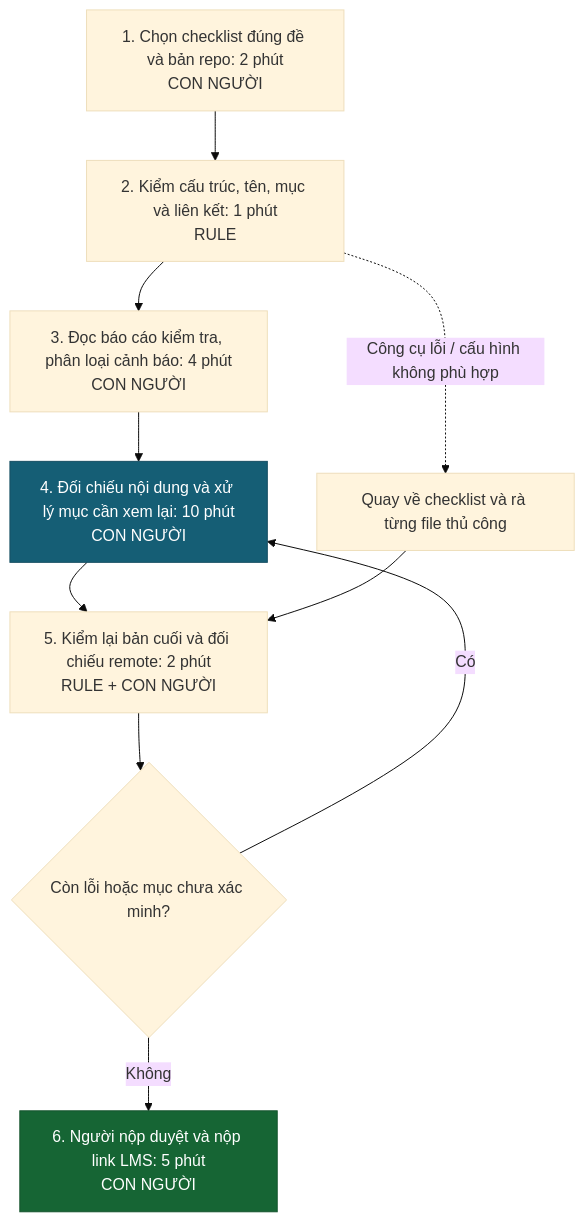
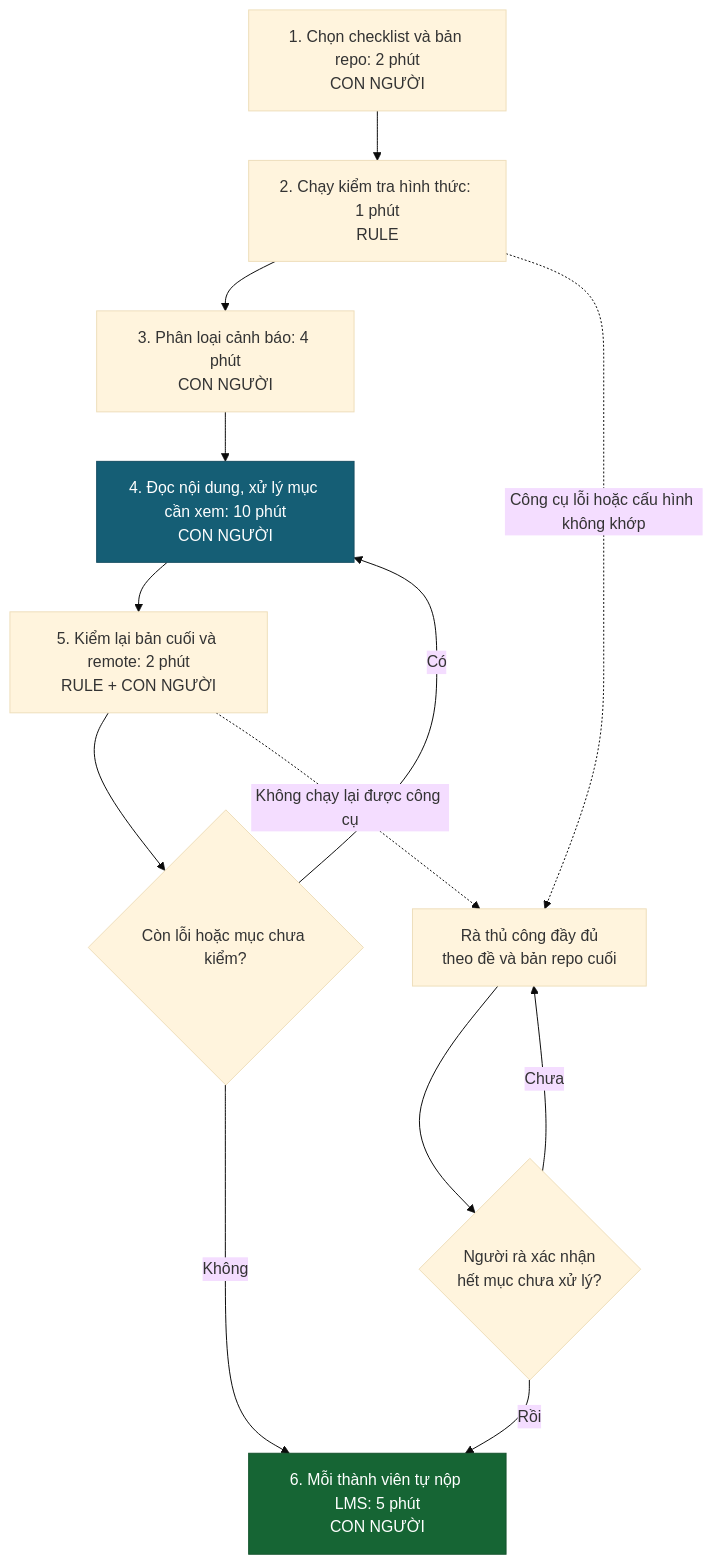
One commit to phamtuan2xx3-alt/K5-L3B-DAY02-E99-DiscoveryProblemFraming changed the third of 3 diagrams in report/team/group_report.md. Above: the diagram before and after it, drawn with Mermaid (base theme). The commit also changed other lines of this file, not shown here.

````diff
--- a/report/team/group_report.md
+++ b/report/team/group_report.md
@@ -223,15 +227,17 @@
 ```mermaid
 flowchart TD
-    A["1. Chọn checklist đúng đề và bản repo: 2 phút<br/>CON NGƯỜI"]
-    A --> B["2. Kiểm cấu trúc, tên, mục và liên kết: 1 phút<br/>RULE"]
-    B --> C["3. Đọc báo cáo kiểm tra, phân loại cảnh báo: 4 phút<br/>CON NGƯỜI"]
-    C --> D["4. Đối chiếu nội dung và xử lý mục cần xem lại: 10 phút<br/>CON NGƯỜI"]
-    D --> E["5. Kiểm lại bản cuối và đối chiếu remote: 2 phút<br/>RULE + CON NGƯỜI"]
-    E --> Q{"Còn lỗi hoặc mục chưa xác minh?"}
+    A["1. Chọn checklist và bản repo: 2 phút<br/>CON NGƯỜI"] --> B["2. Chạy kiểm tra hình thức: 1 phút<br/>RULE"]
+    B --> C["3. Phân loại cảnh báo: 4 phút<br/>CON NGƯỜI"]
+    C --> D["4. Đọc nội dung, xử lý mục cần xem: 10 phút<br/>CON NGƯỜI"]
+    D --> E["5. Kiểm lại bản cuối và remote: 2 phút<br/>RULE + CON NGƯỜI"]
+    E --> Q{"Còn lỗi hoặc mục chưa kiểm?"}
     Q -->|Có| D
-    Q -->|Không| F["6. Người nộp duyệt và nộp link LMS: 5 phút<br/>CON NGƯỜI"]
-    B -. Công cụ lỗi / cấu hình không phù hợp .-> G["Quay về checklist và rà từng file thủ công"]
-    G --> E
+    Q -->|Không| F["6. Mỗi thành viên tự nộp LMS: 5 phút<br/>CON NGƯỜI"]
+    B -. Công cụ lỗi hoặc cấu hình không khớp .-> G["Rà thủ công đầy đủ<br/>theo đề và bản repo cuối"]
+    E -. Không chạy lại được công cụ .-> G
+    G --> H{"Người rà xác nhận<br/>hết mục chưa xử lý?"}
+    H -->|Chưa| G
+    H -->|Rồi| F
     style D fill:#155e75,stroke:#164e63,color:#ffffff
     style F fill:#166534,stroke:#14532d,color:#ffffff
 ```
````
